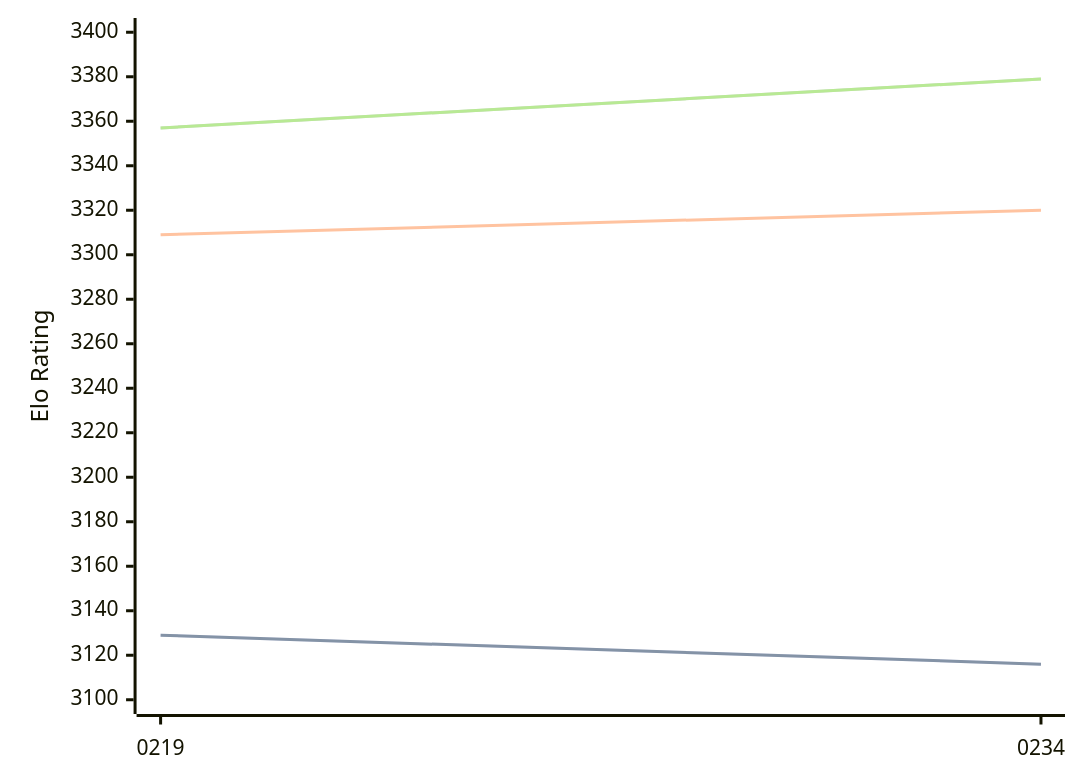
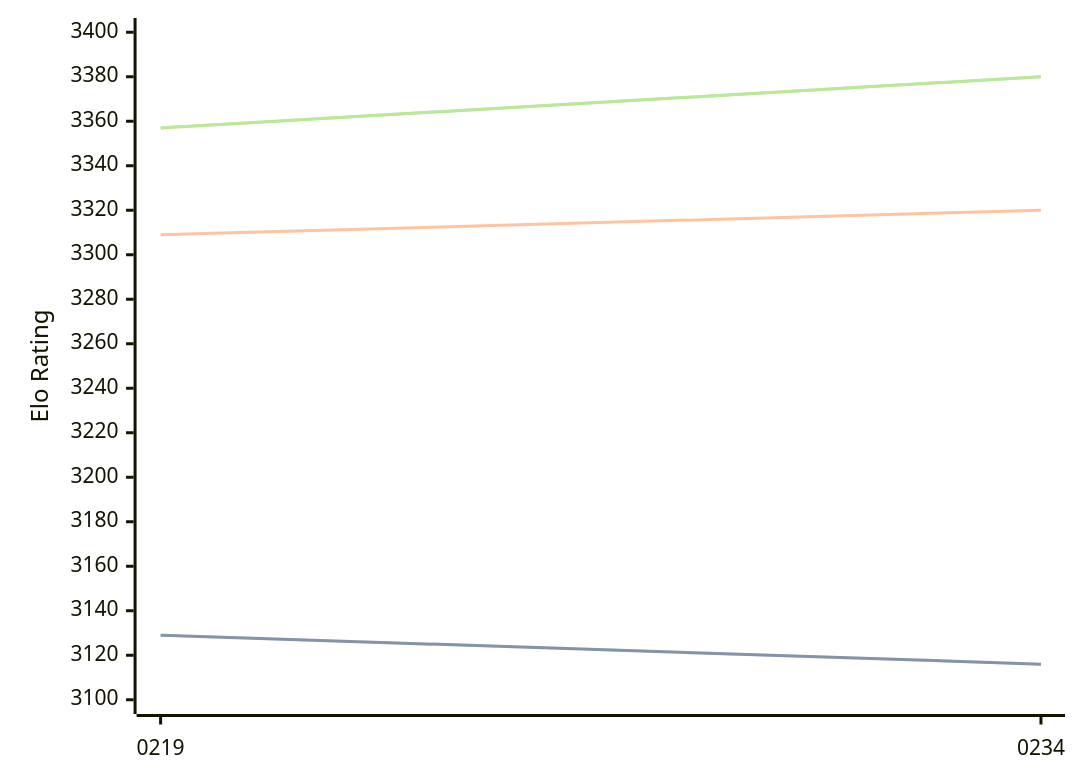
The first of 3 diagrams in engines/Ynode.md (computer-chess-index/cci), drawn with Mermaid before and after one commit. The commit also changed other lines of this file, not shown here.

Commit message:
Update CCI Ratings (ELO VLTC) - 2026-06-30

````diff
--- a/engines/Ynode.md
+++ b/engines/Ynode.md
@@ -39,11 +39,11 @@
 ```mermaid
 %%{init: {"theme":"base","themeVariables":{"seriesColors:['#a3a3a3','#222221','#faa371']}}}%%
 xychart-beta
   x-axis ["0219", "0234"]
   y-axis "Elo Rating" 3100 --> 3400
   line "STC (8.0+0.08s)" [3129, 3116]
   line "STC (8.0+0.08s)" [3129, 3116]
   line "LTC (60.0+0.60s)" [3309, 3320]
-  line "VLTC (2m24s+1.12s)" [3357, 3379]
-  line "VLTC (2m24s+1.12s)" [3357, 3379]
+  line "VLTC (2m24s+1.12s)" [3357, 3380]
+  line "VLTC (2m24s+1.12s)" [3357, 3380]
 ```
````
